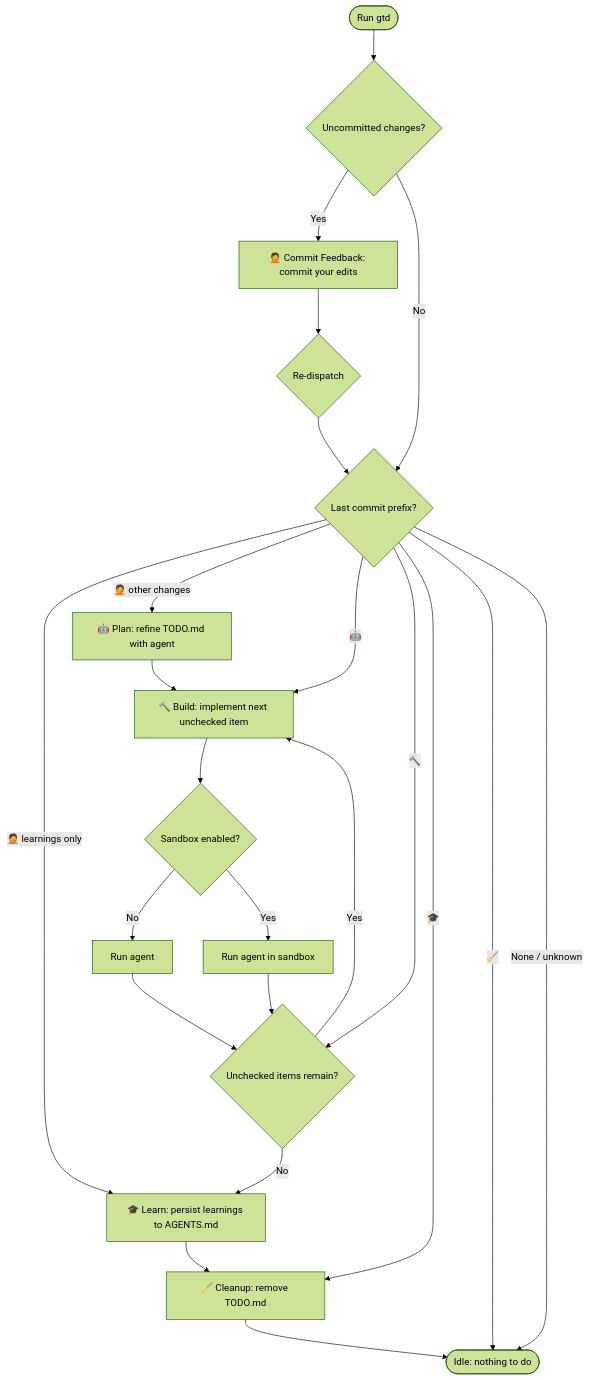
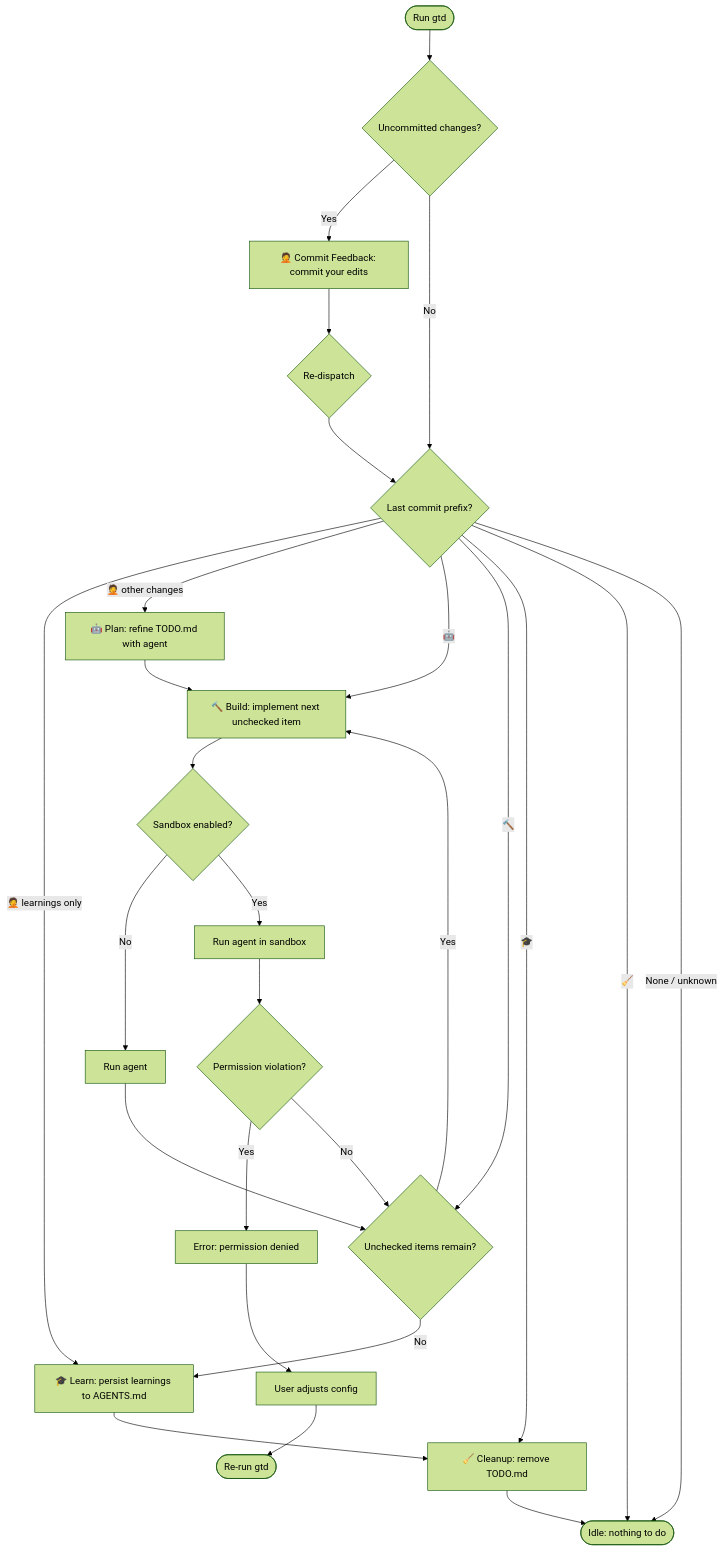
One commit to pmelab/gtd changed the first of 2 diagrams in README.md. Above: the diagram before and after it, drawn with Mermaid (forest theme). The commit also changed other lines of this file and 2 other files, not shown here.

````diff
--- a/README.md
+++ b/README.md
@@ -19,26 +19,30 @@
 ```mermaid
 flowchart TD
     Start([Run gtd]) --> Uncommitted{Uncommitted changes?}
     Uncommitted -->|Yes| Feedback["🤦 Commit Feedback: commit your edits"]
     Uncommitted -->|No| CheckLast{Last commit prefix?}
     Feedback --> ReDispatch{Re-dispatch}
     ReDispatch --> CheckLast
     CheckLast -->|🤦 learnings only| Learn["🎓 Learn: persist learnings to AGENTS.md"]
     CheckLast -->|🤦 other changes| Plan["🤖 Plan: refine TODO.md with agent"]
     Plan --> Build["🔨 Build: implement next unchecked item"]
     CheckLast -->|🤖| Build
     Build --> SandboxCheck{Sandbox enabled?}
     SandboxCheck -->|No| RunAgent[Run agent]
     SandboxCheck -->|Yes| RunSandboxed[Run agent in sandbox]
+    RunSandboxed --> Violation{Permission violation?}
+    Violation -->|Yes| ErrorMsg[Error: permission denied]
+    ErrorMsg --> AdjustConfig[User adjusts config]
+    AdjustConfig --> Rerun([Re-run gtd])
+    Violation -->|No| ItemsLeft
     RunAgent --> ItemsLeft
-    RunSandboxed --> ItemsLeft
     ItemsLeft{Unchecked items remain?}
     CheckLast -->|🔨| ItemsLeft
     ItemsLeft -->|Yes| Build
     ItemsLeft -->|No| Learn
     Learn --> Cleanup["🧹 Cleanup: remove TODO.md"]
     CheckLast -->|🎓| Cleanup
     Cleanup --> Idle([Idle: nothing to do])
     CheckLast -->|🧹| Idle
     CheckLast -->|None / unknown| Idle
 ```
````
